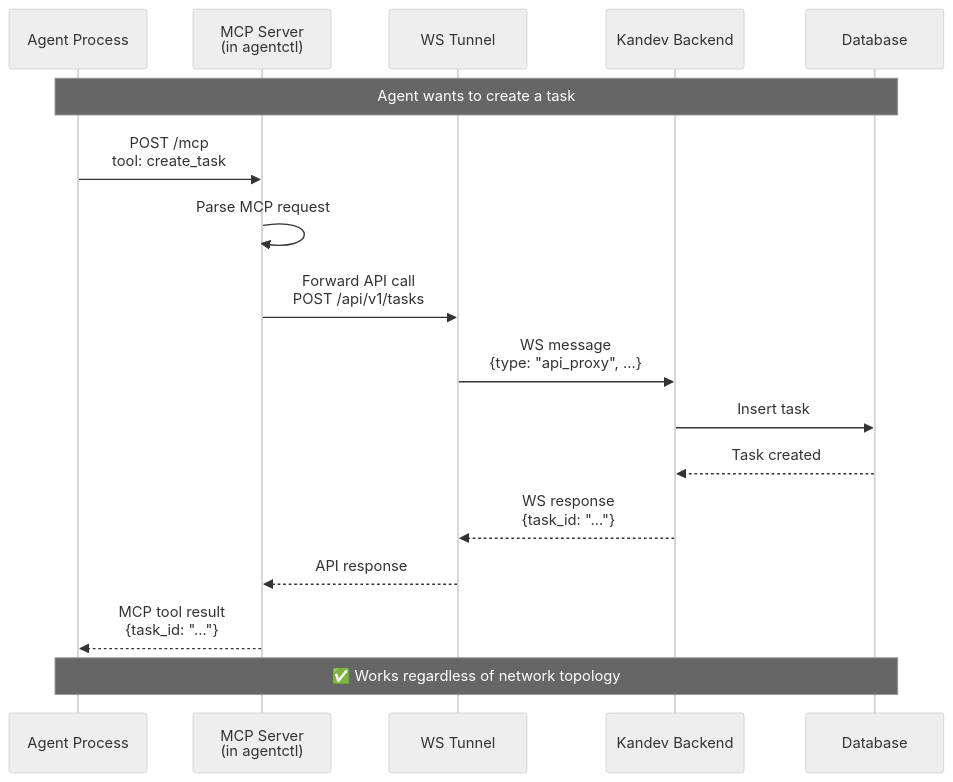
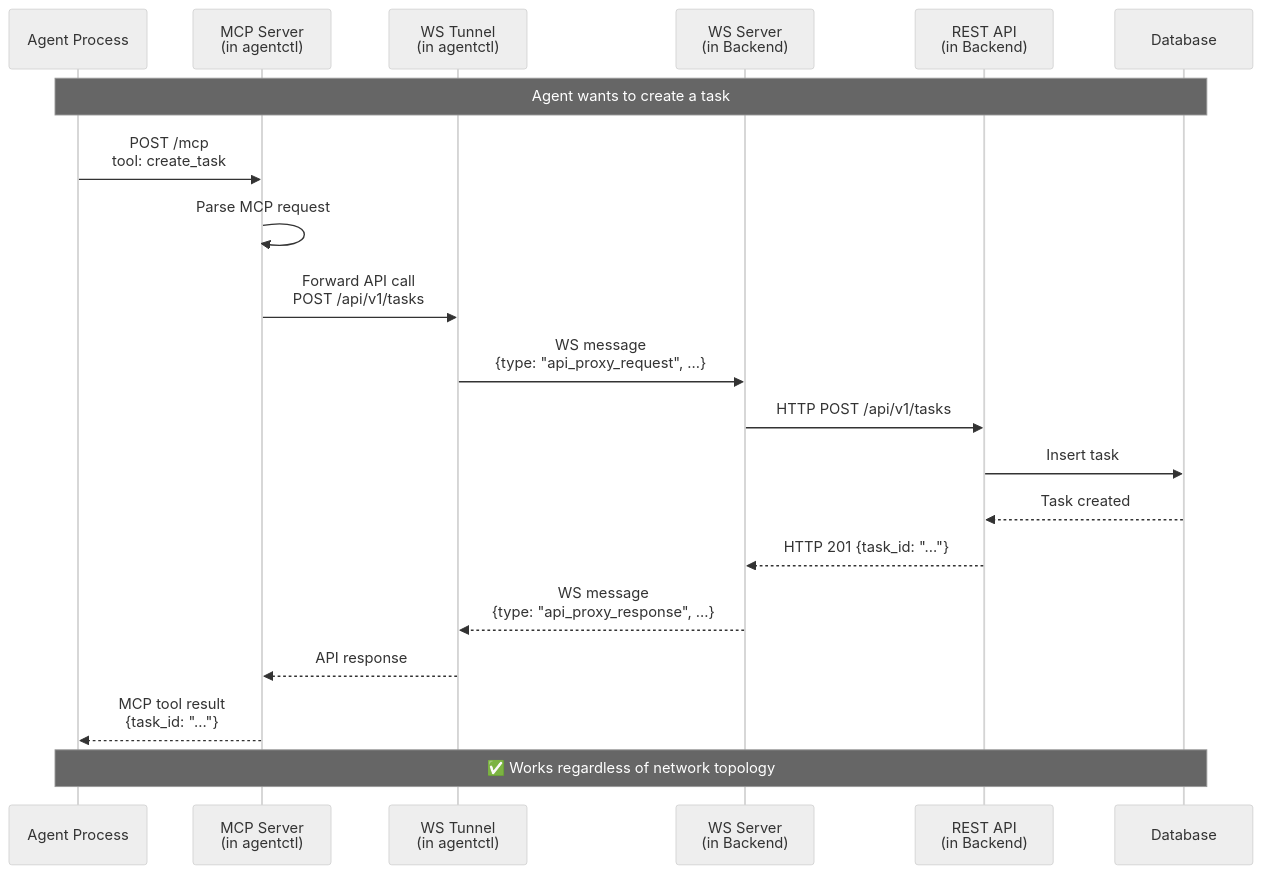
The third of 4 diagrams in docs/architecture/mcp-agentctl-migration.md (kdlbs/kandev), drawn with Mermaid (neutral theme) before and after one commit.

Commit message:
docs: fix sequence diagram to show full response path through WS tunnel

````diff
--- a/docs/architecture/mcp-agentctl-migration.md
+++ b/docs/architecture/mcp-agentctl-migration.md
@@ -109,24 +109,27 @@
 ```mermaid
 sequenceDiagram
     participant Agent as Agent Process
     participant MCP as MCP Server<br/>(in agentctl)
-    participant Tunnel as WS Tunnel
-    participant Backend as Kandev Backend
+    participant Tunnel as WS Tunnel<br/>(in agentctl)
+    participant WSServer as WS Server<br/>(in Backend)
+    participant API as REST API<br/>(in Backend)
     participant DB as Database
 
     Note over Agent,DB: Agent wants to create a task
 
     Agent->>MCP: POST /mcp<br/>tool: create_task
     MCP->>MCP: Parse MCP request
 
     MCP->>Tunnel: Forward API call<br/>POST /api/v1/tasks
-    Tunnel->>Backend: WS message<br/>{type: "api_proxy", ...}
-    Backend->>DB: Insert task
-    DB-->>Backend: Task created
-    Backend-->>Tunnel: WS response<br/>{task_id: "..."}
+    Tunnel->>WSServer: WS message<br/>{type: "api_proxy_request", ...}
+    WSServer->>API: HTTP POST /api/v1/tasks
+    API->>DB: Insert task
+    DB-->>API: Task created
+    API-->>WSServer: HTTP 201 {task_id: "..."}
+    WSServer-->>Tunnel: WS message<br/>{type: "api_proxy_response", ...}
     Tunnel-->>MCP: API response
 
     MCP-->>Agent: MCP tool result<br/>{task_id: "..."}
 
     Note over Agent,DB: ✅ Works regardless of network topology
 ```
````
